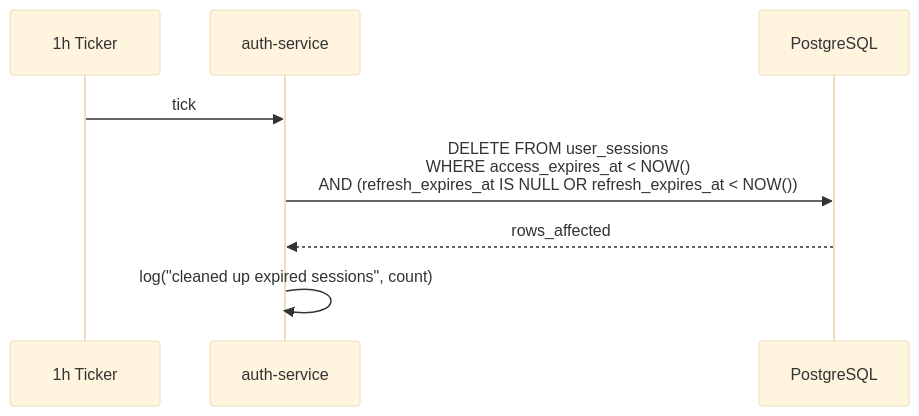
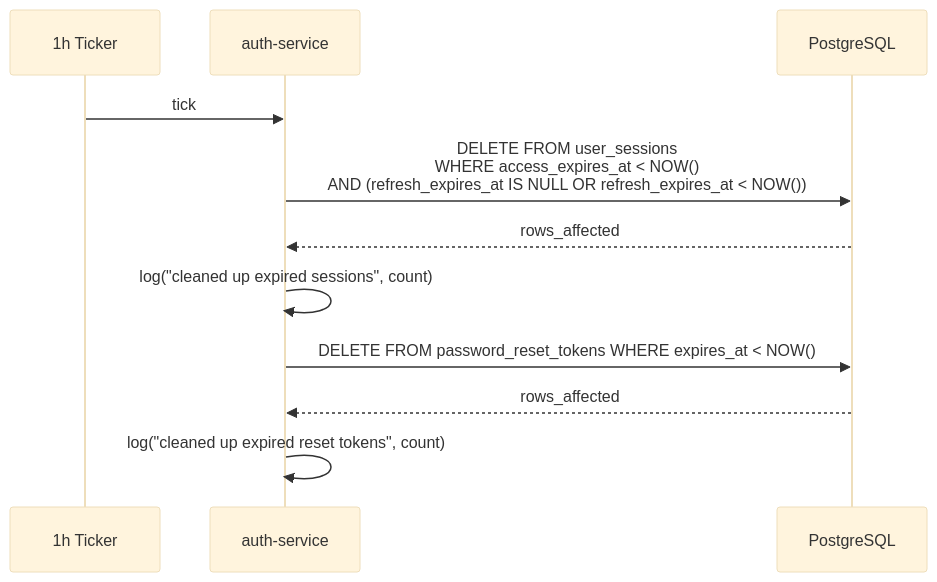
One commit to Prachidubey2003/fyredocs_backend changed diagram 11 of 11 in docs/developer/mermaid/service-auth-service-sequence.md. Above: the diagram before and after it, drawn with Mermaid (base theme). The commit also changed other lines of this file and 18 other files, not shown here.

First line of the commit message:
feat(auth): implement password reset functionality

````diff
--- a/docs/developer/mermaid/service-auth-service-sequence.md
+++ b/docs/developer/mermaid/service-auth-service-sequence.md
@@ -204,11 +273,14 @@
 ```mermaid
 sequenceDiagram
     participant Tick as 1h Ticker
     participant AS as auth-service
     participant PG as PostgreSQL
 
     Tick->>AS: tick
     AS->>PG: DELETE FROM user_sessions<br/>WHERE access_expires_at < NOW()<br/>AND (refresh_expires_at IS NULL OR refresh_expires_at < NOW())
     PG-->>AS: rows_affected
     AS->>AS: log("cleaned up expired sessions", count)
+    AS->>PG: DELETE FROM password_reset_tokens WHERE expires_at < NOW()
+    PG-->>AS: rows_affected
+    AS->>AS: log("cleaned up expired reset tokens", count)
 ```
````
